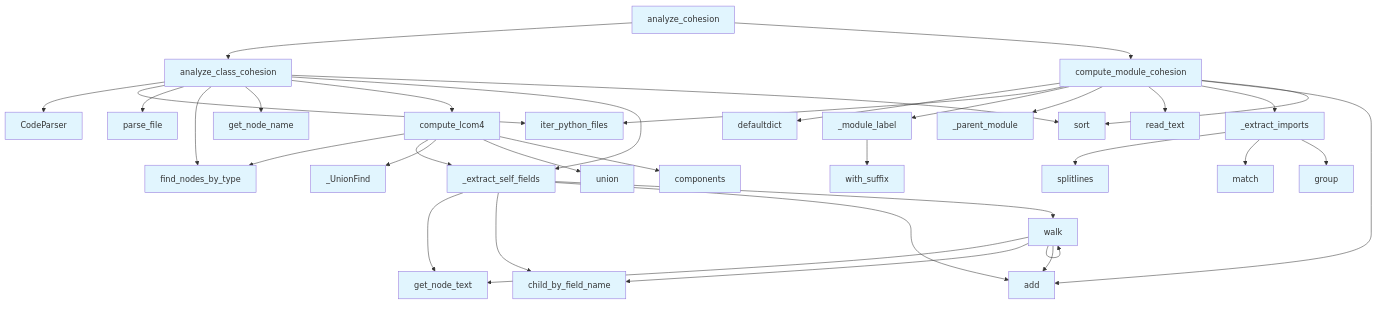
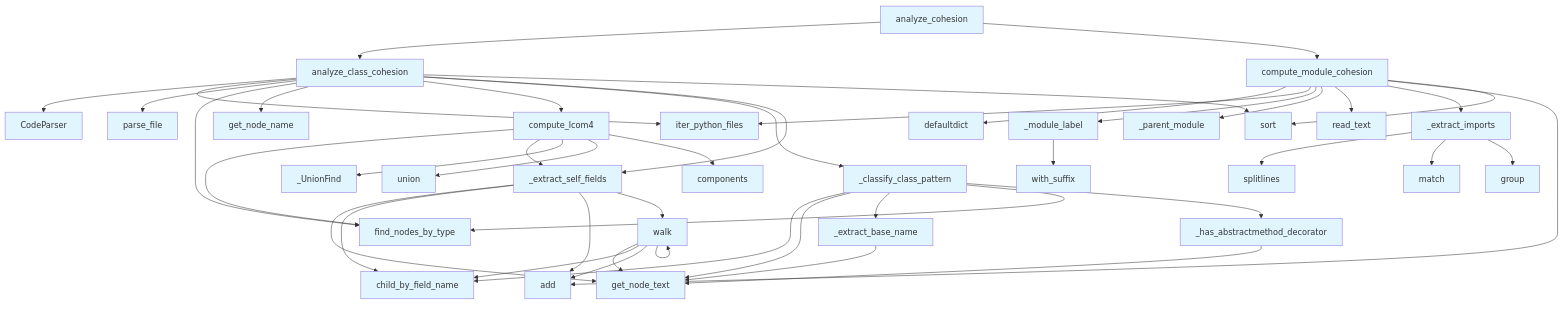
The second of 2 diagrams in .deepwiki/files/src/local_deepwiki/generators/analysis/cohesion.md (UrbanDiver/local-deepwiki-mcp), drawn with Mermaid before and after one commit. The commit also changed other lines of this file and 225 other files, not shown here.

````diff
--- a/.deepwiki/files/src/local_deepwiki/generators/analysis/cohesion.md
+++ b/.deepwiki/files/src/local_deepwiki/generators/analysis/cohesion.md
@@ -440,67 +463,78 @@
 ```mermaid
 flowchart TD
     N0[CodeParser]
     N1[_UnionFind]
-    N2[_extract_imports]
-    N3[_extract_self_fields]
-    N4[_module_label]
-    N5[_parent_module]
-    N6[add]
-    N7[analyze_class_cohesion]
-    N8[analyze_cohesion]
-    N9[child_by_field_name]
-    N10[components]
-    N11[compute_lcom4]
-    N12[compute_module_cohesion]
-    N13[defaultdict]
-    N14[find_nodes_by_type]
-    N15[get_node_name]
-    N16[get_node_text]
-    N17[group]
-    N18[iter_python_files]
-    N19[match]
-    N20[parse_file]
-    N21[read_text]
-    N22[sort]
-    N23[splitlines]
-    N24[union]
-    N25[walk]
-    N26[with_suffix]
-    N3 --> N16
-    N3 --> N9
-    N3 --> N6
-    N3 --> N25
-    N25 --> N16
-    N25 --> N9
-    N25 --> N6
-    N25 --> N25
-    N11 --> N14
-    N11 --> N3
-    N11 --> N1
-    N11 --> N24
+    N2[_classify_class_pattern]
+    N3[_extract_base_name]
+    N4[_extract_imports]
+    N5[_extract_self_fields]
+    N6[_has_abstractmethod_decorator]
+    N7[_module_label]
+    N8[_parent_module]
+    N9[add]
+    N10[analyze_class_cohesion]
+    N11[analyze_cohesion]
+    N12[child_by_field_name]
+    N13[components]
+    N14[compute_lcom4]
+    N15[compute_module_cohesion]
+    N16[defaultdict]
+    N17[find_nodes_by_type]
+    N18[get_node_name]
+    N19[get_node_text]
+    N20[group]
+    N21[iter_python_files]
+    N22[match]
+    N23[parse_file]
+    N24[read_text]
+    N25[sort]
+    N26[splitlines]
+    N27[union]
+    N28[walk]
+    N29[with_suffix]
+    N5 --> N19
+    N5 --> N12
+    N5 --> N9
+    N5 --> N28
+    N28 --> N19
+    N28 --> N12
+    N28 --> N9
+    N28 --> N28
+    N2 --> N12
+    N2 --> N19
+    N2 --> N3
+    N2 --> N17
+    N2 --> N6
+    N3 --> N19
+    N6 --> N19
+    N14 --> N17
+    N14 --> N5
+    N14 --> N1
+    N14 --> N27
+    N14 --> N13
+    N10 --> N0
+    N10 --> N21
+    N10 --> N23
+    N10 --> N17
+    N10 --> N18
+    N10 --> N14
+    N10 --> N2
+    N10 --> N5
+    N10 --> N25
+    N4 --> N26
+    N4 --> N22
+    N4 --> N20
+    N7 --> N29
+    N15 --> N16
+    N15 --> N21
+    N15 --> N7
+    N15 --> N8
+    N15 --> N24
+    N15 --> N4
+    N15 --> N9
+    N15 --> N25
     N11 --> N10
-    N7 --> N0
-    N7 --> N18
-    N7 --> N20
-    N7 --> N14
-    N7 --> N15
-    N7 --> N11
-    N7 --> N3
-    N7 --> N22
-    N2 --> N23
-    N2 --> N19
-    N2 --> N17
-    N4 --> N26
-    N12 --> N13
-    N12 --> N18
-    N12 --> N4
-    N12 --> N5
-    N12 --> N21
-    N12 --> N2
-    N12 --> N6
-    N12 --> N22
-    N8 --> N7
-    N8 --> N12
+    N11 --> N15
     classDef func fill:#e1f5fe
-    class N0,N1,N2,N3,N4,N5,N6,N7,N8,N9,N10,N11,N12,N13,N14,N15,N16,N17,N18,N19,N20,N21,N22,N23,N24,N25,N26 func
+    class N0,N1,N2,N3,N4,N5,N6,N7,N8,N9,N10,N11,N12,N13,N14,N15,N16,N17,N18,N19,N20,N21,N22,N23,N24,N25,N26,N27,N28,N29 func
 ```
````
